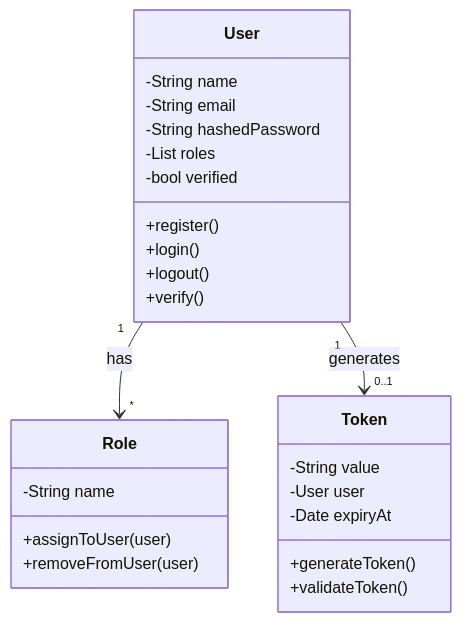
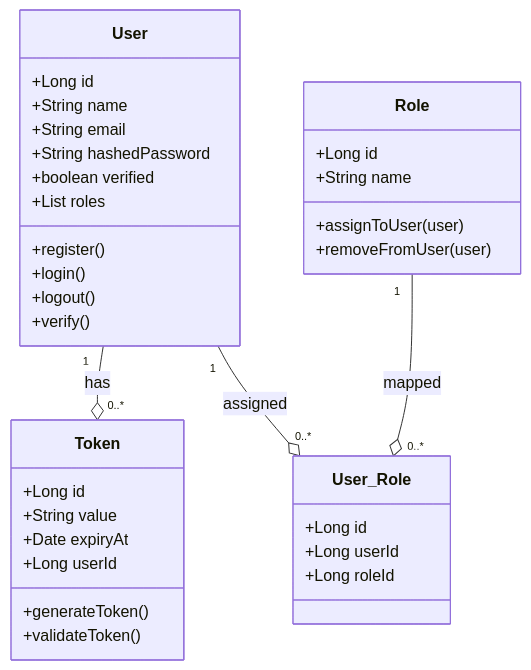
The diagram in ClassDiagrams/UserManagement.mmd (goelvinay5/WoolfProjectDocumentation), drawn with Mermaid before and after one commit.

```diff
--- a/ClassDiagrams/UserManagement.mmd
+++ b/ClassDiagrams/UserManagement.mmd
@@ -1,29 +1,39 @@
 classDiagram
-  class User {
-      -String name
-      -String email
-      -String hashedPassword
-      -List<Role> roles
-      -bool verified
-      +register()
-      +login()
-      +logout()
-      +verify()
-  }
-  
-  class Role {
-      -String name
-      +assignToUser(user)
-      +removeFromUser(user)
-  }
-  
-  class Token {
-      -String value
-      -User user
-      -Date expiryAt
-      +generateToken()
-      +validateToken()
-  }
-  
-  User "1" --> "*" Role : has
-  User "1" --> "0..1" Token : generates
+    class User {
+        +Long id
+        +String name
+        +String email
+        +String hashedPassword
+        +boolean verified
+        +List<Role> roles
+        +register()
+        +login()
+        +logout()
+        +verify()
+    }
+    
+    class Role {
+        +Long id
+        +String name
+        +assignToUser(user)
+        +removeFromUser(user)
+    }
+    
+    class Token {
+        +Long id
+        +String value
+        +Date expiryAt
+        +Long userId
+        +generateToken()
+        +validateToken()
+    }
+    
+    class User_Role {
+        +Long id
+        +Long userId
+        +Long roleId
+    }
+    
+    User "1" --o "0..*" Token : has
+    User "1" --o "0..*" User_Role : assigned
+    Role "1" --o "0..*" User_Role : mapped
```
